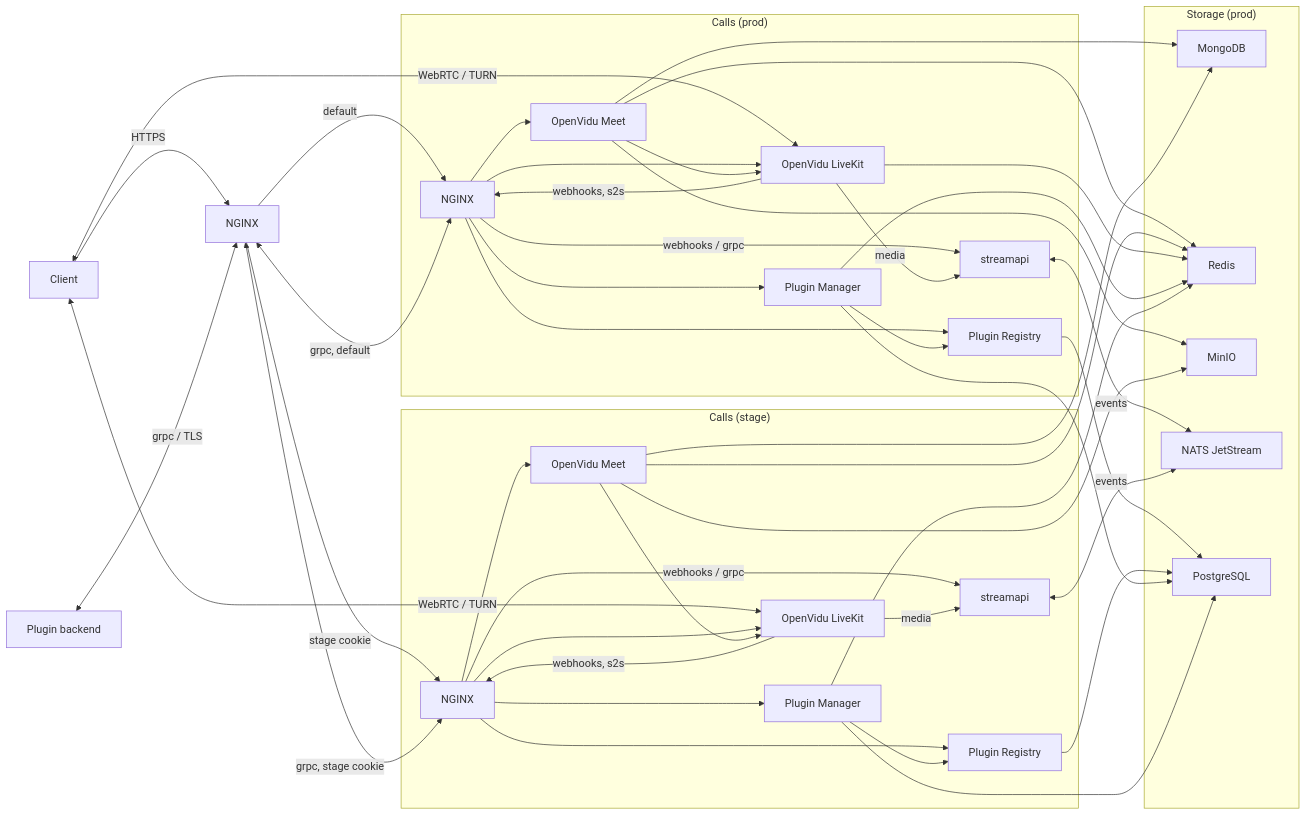
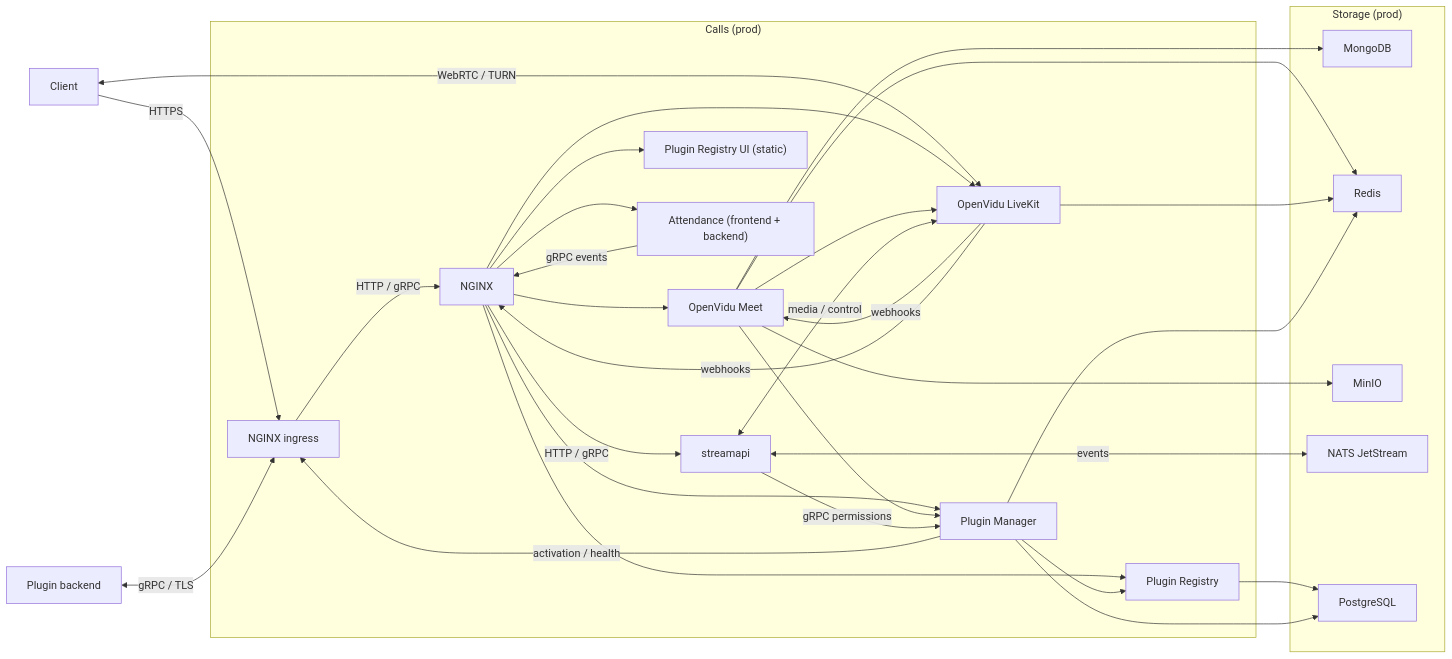
One commit to dwspurpleteam/deployer changed the diagram in README.md. Above: the diagram before and after it, drawn with Mermaid.

Commit message:
Update architecture diagram

````diff
--- a/README.md
+++ b/README.md
@@ -12,59 +12,43 @@
 ```mermaid
 flowchart LR
-  browser[Client] -->|HTTPS| ingress[NGINX]
-  ingress -->|default| proxy
-  ingress -->|stage cookie| stage
+  browser[Client] -->|HTTPS| ingress[NGINX ingress]
   browser <-->|WebRTC / TURN| openvidu
-  browser <-->|WebRTC / TURN| stage_openvidu
-  plugin_backend[Plugin backend] <-->|grpc / TLS| ingress
-  ingress <-->|grpc, default| proxy
-  ingress <-->|grpc, stage cookie| stage
-
-  subgraph calls_stage["Calls (stage)"]
-    stage[NGINX] --> stage_meet[OpenVidu Meet]
-    stage --> stage_openvidu[OpenVidu LiveKit]
-    stage_meet --> stage_openvidu
-    stage_openvidu -->|webhooks, s2s| stage
-    stage -->|webhooks / grpc| stage_streamapi[streamapi]
-    stage --> stage_manager[Plugin Manager]
-    stage --> stage_registry[Plugin Registry]
-    stage_manager --> stage_registry
-    stage_openvidu -->|media| stage_streamapi
-  end
+  plugin_backend[Plugin backend] <-->|gRPC / TLS| ingress
+  ingress -->|HTTP / gRPC| proxy
 
   subgraph calls_prod["Calls (prod)"]
-    proxy["NGINX"] --> meet[OpenVidu Meet]
+    proxy[NGINX] --> meet[OpenVidu Meet]
     proxy --> openvidu[OpenVidu LiveKit]
-    meet --> openvidu
-    openvidu -->|webhooks, s2s| proxy
-    proxy -->|webhooks / grpc| streamapi[streamapi]
+    proxy -->|HTTP / gRPC| streamapi[streamapi]
     proxy --> manager[Plugin Manager]
     proxy --> registry[Plugin Registry]
+    proxy --> registry_ui["Plugin Registry UI (static)"]
+    proxy --> attendance["Attendance (frontend + backend)"]
+    meet --> openvidu
+    meet --> manager
+    openvidu -->|webhooks| meet
+    openvidu -->|webhooks| proxy
+    streamapi <-->|media / control| openvidu
+    streamapi -->|gRPC permissions| manager
     manager --> registry
-    openvidu -->|media| streamapi
+    manager -->|activation / health| ingress
+    attendance -->|gRPC events| proxy
   end
 
   subgraph storage["Storage (prod)"]
     mongodb[MongoDB]
     redis[Redis]
     minio[MinIO]
     nats["NATS JetStream"]
     postgres[PostgreSQL]
   end
 
   meet --> mongodb
   meet --> redis
   meet --> minio
-  stage_meet --> mongodb
-  stage_meet --> redis
-  stage_meet --> minio
   openvidu --> redis
   manager --> redis
-  stage_manager --> redis
   streamapi <-->|events| nats
-  stage_streamapi <-->|events| nats
   registry --> postgres
-  stage_registry --> postgres
   manager --> postgres
-  stage_manager --> postgres
 ```
````
